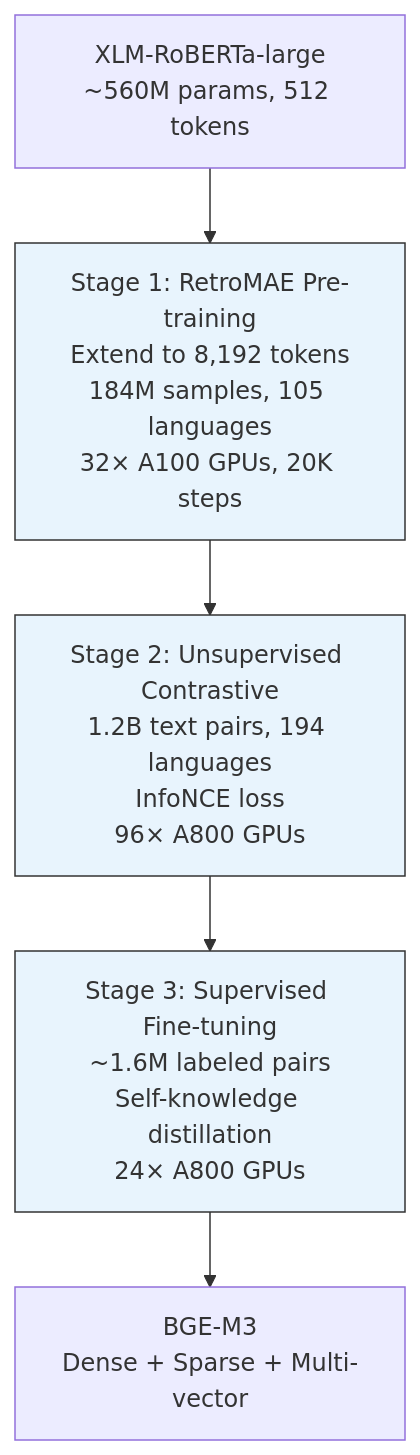
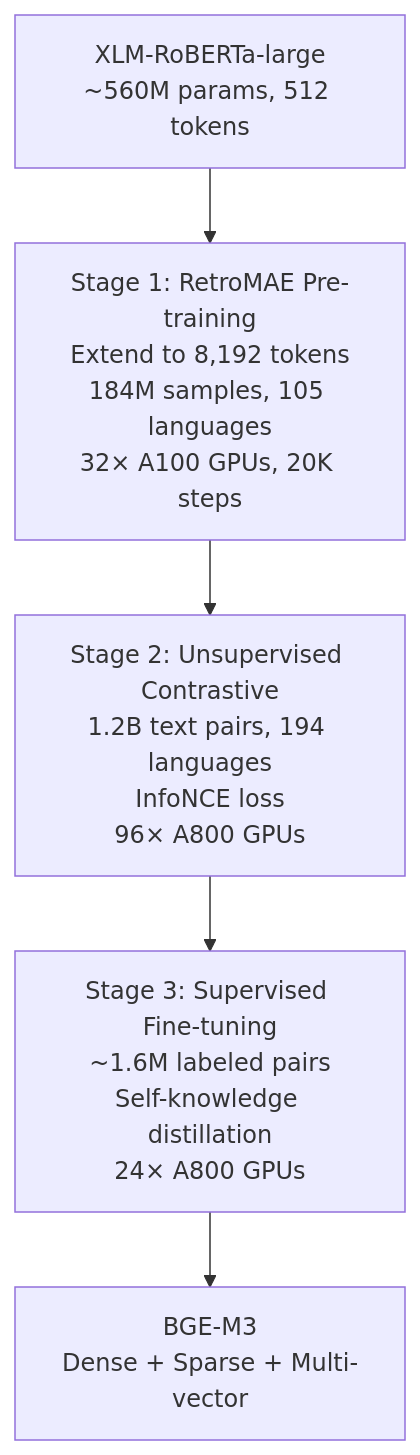
One commit to Fulton-Engineering-Services/bge-m3-embedding-server changed the first of 2 diagrams in docs/bge-m3-model.md. Above: the diagram before and after it, drawn with Mermaid. The commit also changed 117 other files, not shown here.

````diff
--- a/docs/bge-m3-model.md
+++ b/docs/bge-m3-model.md
@@ -294,20 +294,17 @@
 ```mermaid
 graph TD
     Base["XLM-RoBERTa-large<br/>~560M params, 512 tokens"]
 
     Stage1["Stage 1: RetroMAE Pre-training<br/>Extend to 8,192 tokens<br/>184M samples, 105 languages<br/>32× A100 GPUs, 20K steps"]
 
     Stage2["Stage 2: Unsupervised Contrastive<br/>1.2B text pairs, 194 languages<br/>InfoNCE loss<br/>96× A800 GPUs"]
 
     Stage3["Stage 3: Supervised Fine-tuning<br/>~1.6M labeled pairs<br/>Self-knowledge distillation<br/>24× A800 GPUs"]
 
     Model["BGE-M3<br/>Dense + Sparse + Multi-vector"]
 
     Base --> Stage1
     Stage1 --> Stage2
     Stage2 --> Stage3
     Stage3 --> Model
-
-    classDef stage fill:#e8f4fd,stroke:#333,stroke-width:1px
-    class Stage1,Stage2,Stage3 stage
 ```
````
